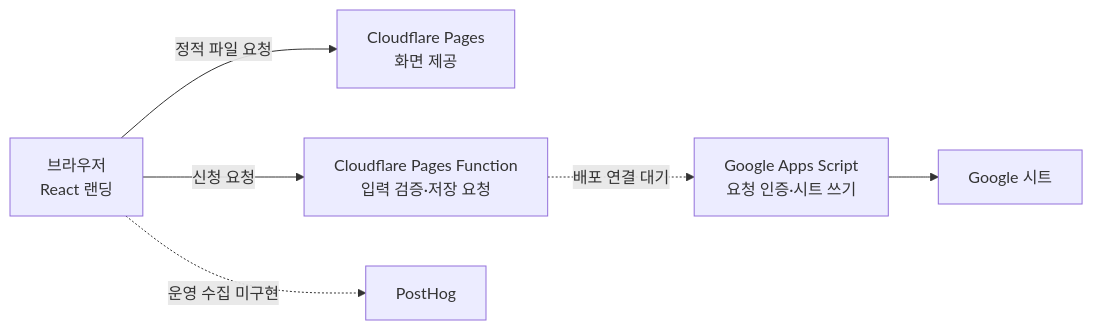
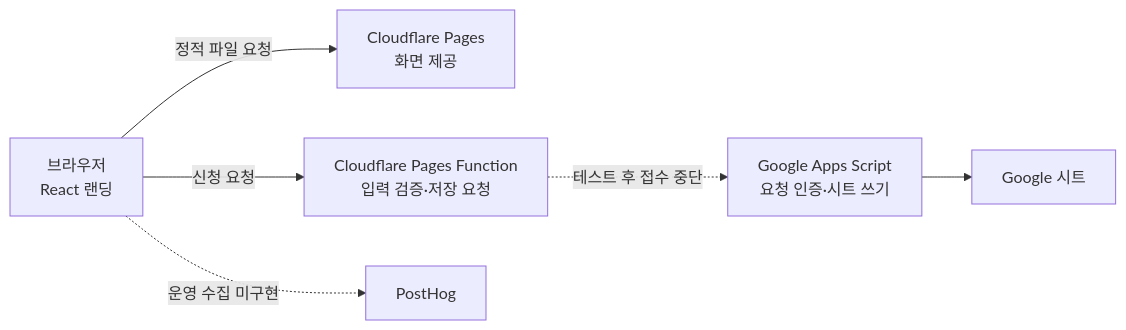
The second of 2 diagrams in docs/c4-architecture.md (HelloMyMe-M1-2/contest-feedback-landing), drawn with Mermaid before and after one commit. The commit also changed other lines of this file and 11 other files, not shown here.

````diff
--- a/docs/c4-architecture.md
+++ b/docs/c4-architecture.md
@@ -22,8 +22,8 @@
 ```mermaid
 flowchart LR
   Browser["브라우저<br/>React 랜딩"] -->|"정적 파일 요청"| Pages["Cloudflare Pages<br/>화면 제공"]
   Browser -->|"신청 요청"| Fn["Cloudflare Pages Function<br/>입력 검증·저장 요청"]
-  Fn -. "배포 연결 대기" .-> Script["Google Apps Script<br/>요청 인증·시트 쓰기"]
+  Fn -. "테스트 후 접수 중단" .-> Script["Google Apps Script<br/>요청 인증·시트 쓰기"]
   Script --> Sheet["Google 시트"]
   Browser -. "운영 수집 미구현" .-> PH["PostHog"]
 ```
````
